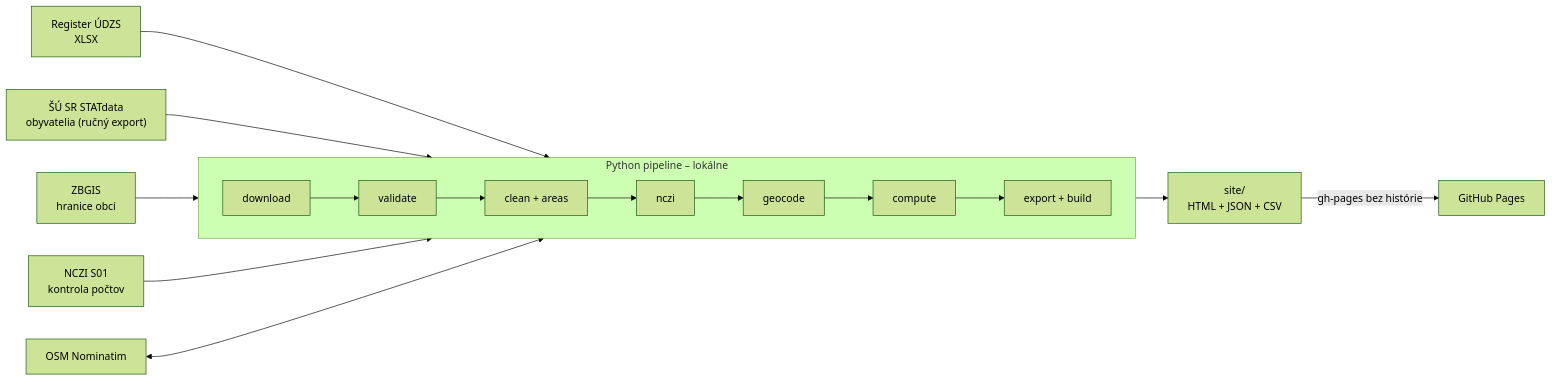
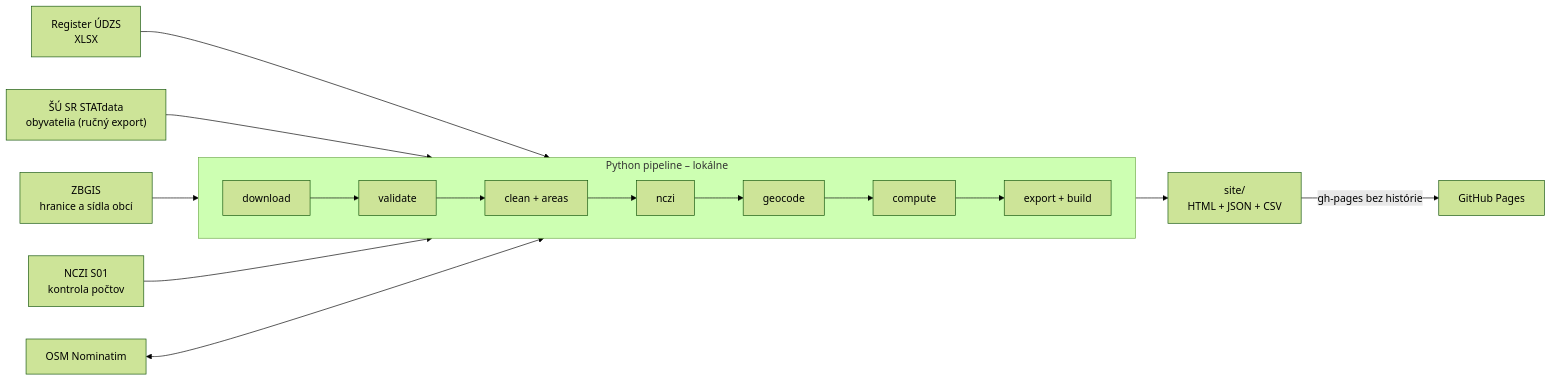
Before and after one commit to lukashavrilak-code/kde-chybaju-lekari: the diagram in README.md, drawn with Mermaid (forest theme). The commit also changed other lines of this file and 23 other files, not shown here.

Commit message:
Referenčný bod obce zo ZBGIS, ukazovateľ U7 a mapa obcí podľa vzdialenosti

````diff
--- a/README.md
+++ b/README.md
@@ -20,13 +21,13 @@
 ```mermaid
 flowchart LR
     UDZS["Register ÚDZS<br/>XLSX"] --> P
     SD["ŠÚ SR STATdata<br/>obyvatelia (ručný export)"] --> P
-    ZB["ZBGIS<br/>hranice obcí"] --> P
+    ZB["ZBGIS<br/>hranice a sídla obcí"] --> P
     NC["NCZI S01<br/>kontrola počtov"] --> P
     NOM["OSM Nominatim"] <--> P
     subgraph P [Python pipeline – lokálne]
         direction LR
         A[download] --> B[validate] --> C[clean + areas] --> N[nczi] --> D[geocode] --> E[compute] --> F[export + build]
     end
     P --> S["site/<br/>HTML + JSON + CSV"] -->|"gh-pages bez histórie"| G["GitHub Pages"]
 ```
````
